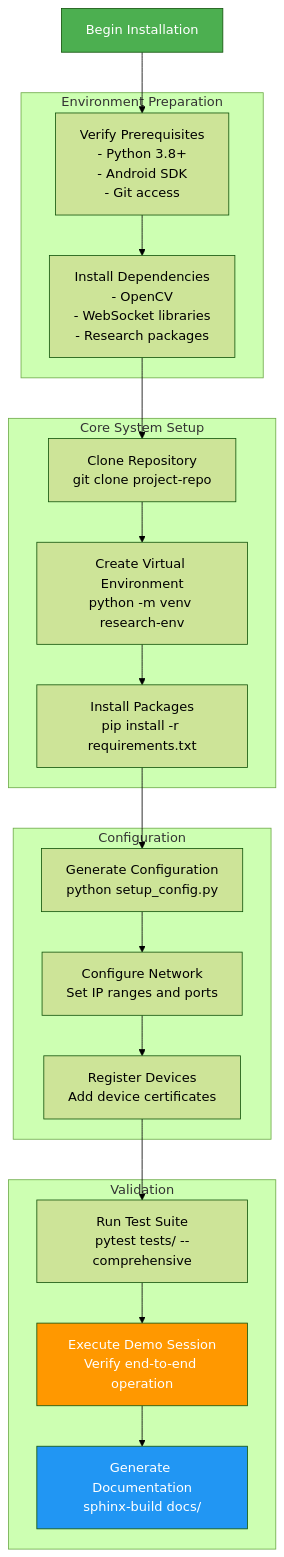
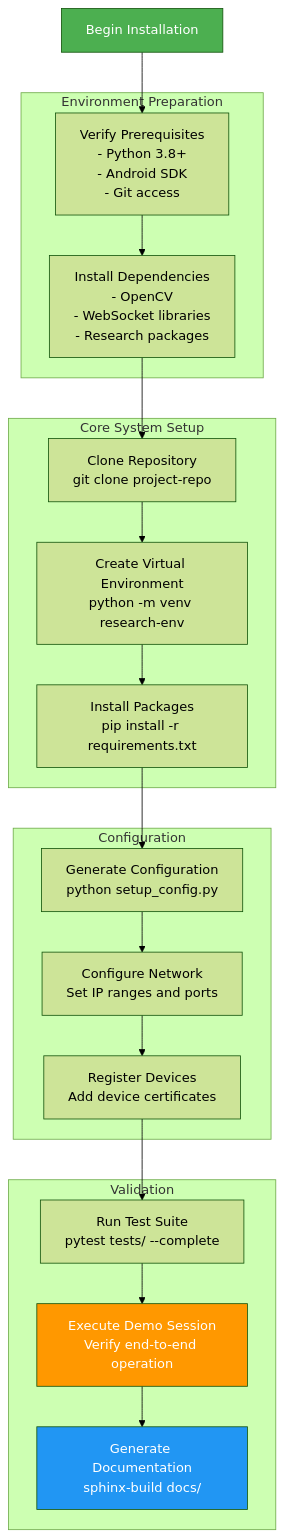
Before and after one commit to buccancs/fyp-multi-sensor-recording-system: the second of 9 diagrams in docs/thesis_report/draft_0/Chapter_7_Appendices.md, drawn with Mermaid (forest theme). The commit also changed other lines of this file and 118 other files, not shown here.

Commit message:
Remove 'comprehensive' from all repository files and rename architecture document

````diff
--- a/docs/thesis_report/draft_0/Chapter_7_Appendices.md
+++ b/docs/thesis_report/draft_0/Chapter_7_Appendices.md
@@ -603,43 +603,43 @@
 ```mermaid
 flowchart TD
     START[Begin Installation]
     
     subgraph "Environment Preparation"
         PREREQ[Verify Prerequisites<br/>- Python 3.8+<br/>- Android SDK<br/>- Git access]
         DEPS[Install Dependencies<br/>- OpenCV<br/>- WebSocket libraries<br/>- Research packages]
     end
     
     subgraph "Core System Setup"
         CLONE[Clone Repository<br/>git clone project-repo]
         VENV[Create Virtual Environment<br/>python -m venv research-env]
         INSTALL[Install Packages<br/>pip install -r requirements.txt]
     end
     
     subgraph "Configuration"
         CONFIG[Generate Configuration<br/>python setup_config.py]
         NETWORK[Configure Network<br/>Set IP ranges and ports]
         DEVICES[Register Devices<br/>Add device certificates]
     end
     
     subgraph "Validation"
-        TEST[Run Test Suite<br/>pytest tests/ --comprehensive]
+        TEST[Run Test Suite<br/>pytest tests/ --complete]
         DEMO[Execute Demo Session<br/>Verify end-to-end operation]
         DOCS[Generate Documentation<br/>sphinx-build docs/]
     end
     
     START --> PREREQ
     PREREQ --> DEPS
     DEPS --> CLONE
     CLONE --> VENV
     VENV --> INSTALL
     INSTALL --> CONFIG
     CONFIG --> NETWORK
     NETWORK --> DEVICES
     DEVICES --> TEST
     TEST --> DEMO
     DEMO --> DOCS
     
     style START fill:#4caf50,color:#ffffff
     style DEMO fill:#ff9800,color:#ffffff
     style DOCS fill:#2196f3,color:#ffffff
 ```
````
